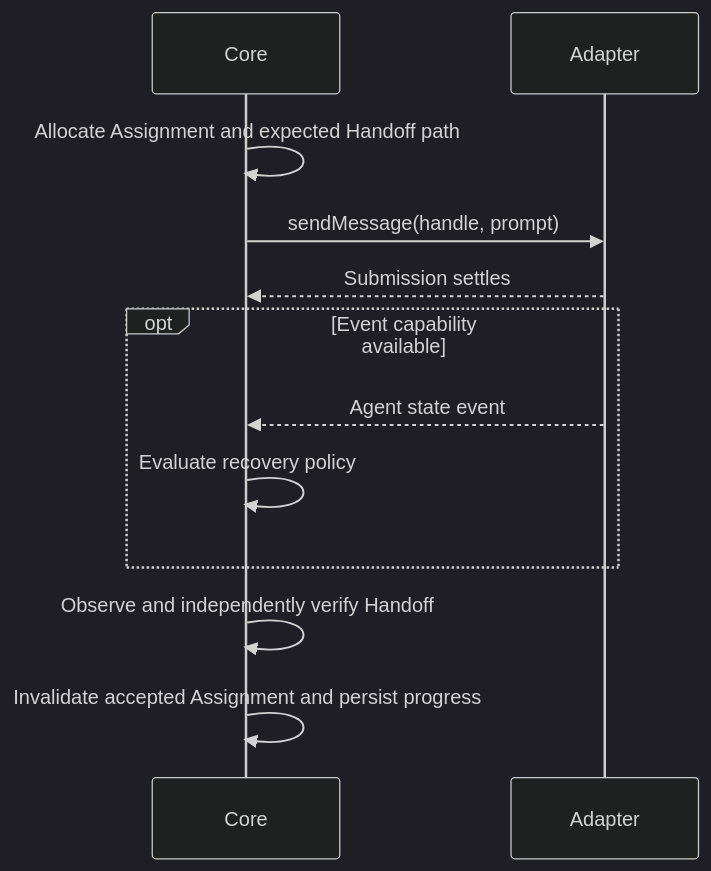
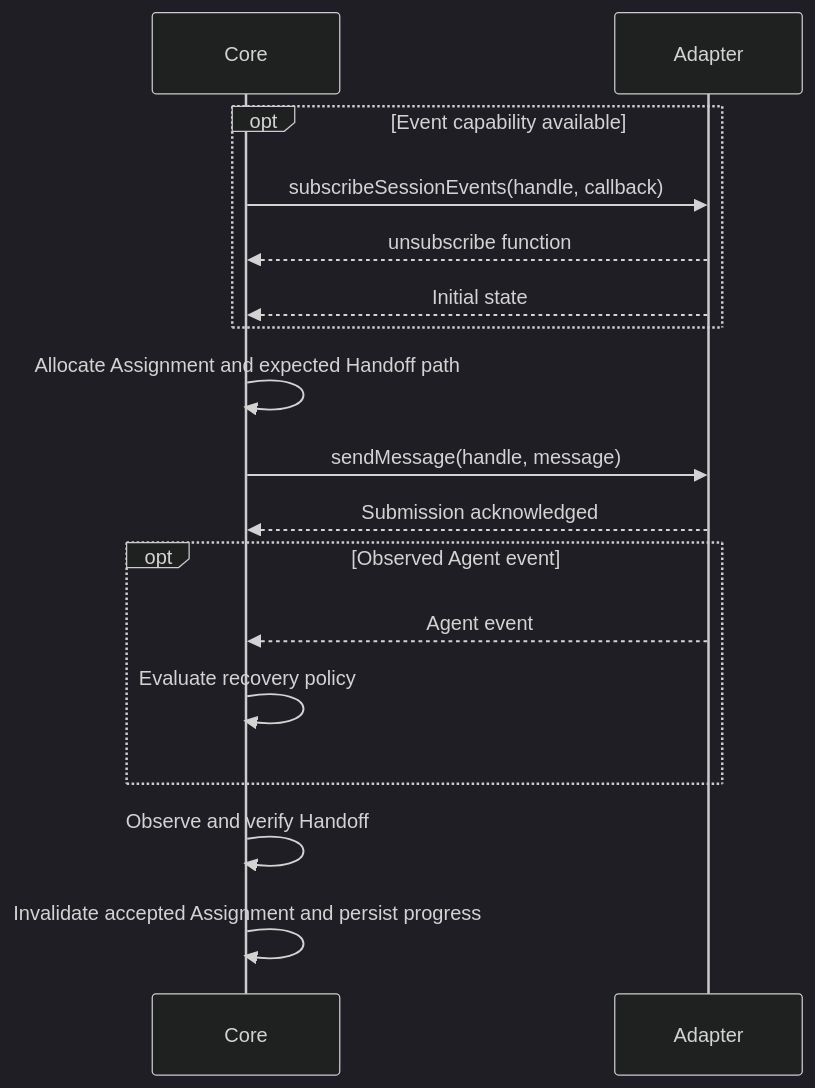
The fourth of 6 diagrams in docs/terminal-contract.md (BuddyLabsCo/issue-runner-core), drawn with Mermaid (dark theme) before and after one commit. The commit also changed other lines of this file, not shown here.

````diff
--- a/docs/terminal-contract.md
+++ b/docs/terminal-contract.md
@@ -275,14 +660,19 @@
 ```mermaid
 sequenceDiagram
     participant Core
     participant Adapter
+    opt Event capability available
+        Core->>Adapter: subscribeSessionEvents(handle, callback)
+        Adapter-->>Core: unsubscribe function
+        Adapter-->>Core: Initial state
+    end
     Core->>Core: Allocate Assignment and expected Handoff path
-    Core->>Adapter: sendMessage(handle, prompt)
-    Adapter-->>Core: Submission settles
-    opt Event capability available
-        Adapter-->>Core: Agent state event
+    Core->>Adapter: sendMessage(handle, message)
+    Adapter-->>Core: Submission acknowledged
+    opt Observed Agent event
+        Adapter-->>Core: Agent event
         Core->>Core: Evaluate recovery policy
     end
-    Core->>Core: Observe and independently verify Handoff
+    Core->>Core: Observe and verify Handoff
     Core->>Core: Invalidate accepted Assignment and persist progress
 ```
````
